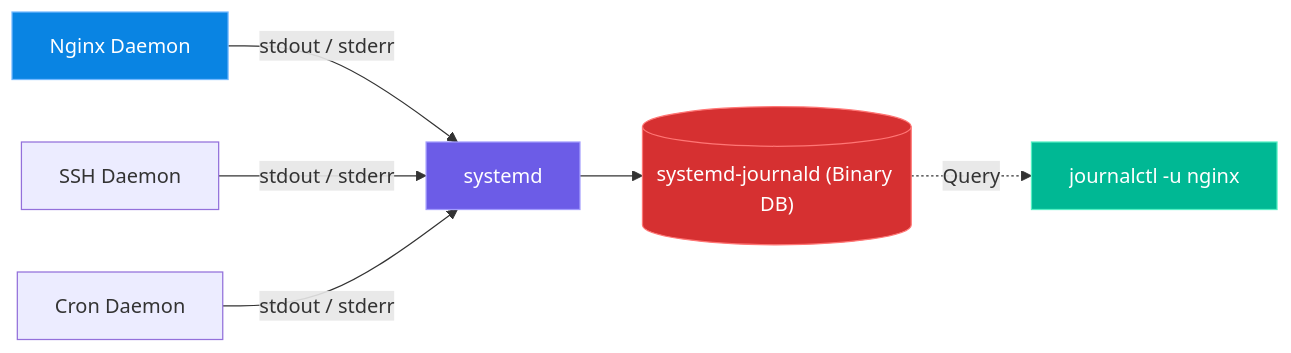
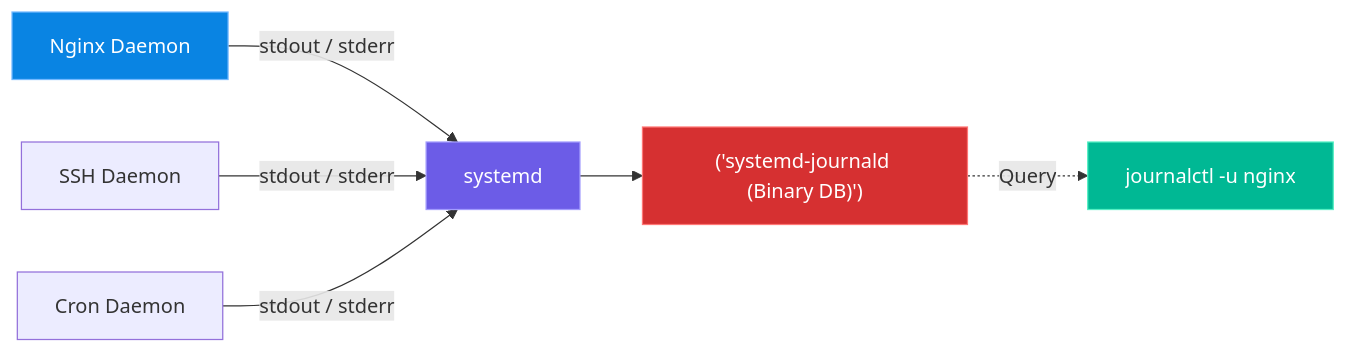
Before and after one commit to laxya911/linux-support-engineer-master-handbook: the diagram in volumes/volume-01-linux-fundamentals/chapters/V1-C13-software-logs-and-journals.md, drawn with Mermaid. The commit also changed 101 other files, not shown here.

Commit message:
Fix mermaid syntax across all chapters

````diff
--- a/volumes/volume-01-linux-fundamentals/chapters/V1-C13-software-logs-and-journals.md
+++ b/volumes/volume-01-linux-fundamentals/chapters/V1-C13-software-logs-and-journals.md
@@ -41,15 +41,15 @@
 ```mermaid
 flowchart LR
-    A["Nginx Daemon"] -->|stdout / stderr| B["systemd"]
-    C["SSH Daemon"] -->|stdout / stderr| B
-    D["Cron Daemon"] -->|stdout / stderr| B
+    A["Nginx Daemon"] -->|"stdout / stderr"| B["systemd"]
+    C["SSH Daemon"] -->|"stdout / stderr"| B
+    D["Cron Daemon"] -->|"stdout / stderr"| B
     
-    B --> E[("systemd-journald (Binary DB)")]
+    B --> E["('systemd-journald (Binary DB)')"]
     
-    E -.->|Query| F["journalctl -u nginx"]
+    E -.->|"Query"| F["journalctl -u nginx"]
     
     style A fill:#0984e3,stroke:#74b9ff,color:#fff
     style B fill:#6c5ce7,stroke:#a29bfe,color:#fff
     style E fill:#d63031,stroke:#ff7675,color:#fff
     style F fill:#00b894,stroke:#55efc4,color:#fff
 ```
````
